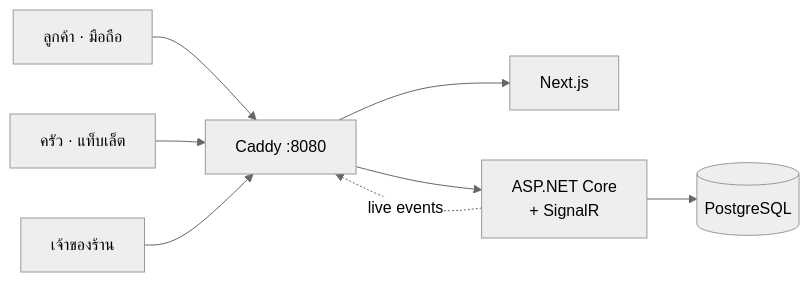
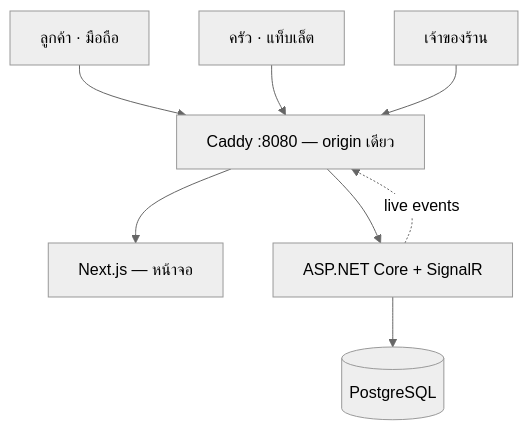
Before and after one commit to hirun-2542/foodqueue: the diagram in README.md, drawn with Mermaid (neutral theme).

Commit message:
docs: lay the architecture diagram out vertically so it is never clipped

````diff
--- a/README.md
+++ b/README.md
@@ -115,18 +115,18 @@
 ```mermaid
-flowchart LR
+flowchart TB
   C[ลูกค้า · มือถือ]
   K[ครัว · แท็บเล็ต]
   O[เจ้าของร้าน]
-  Caddy["Caddy :8080"]
-  Web["Next.js"]
-  Api["ASP.NET Core<br/>+ SignalR"]
+  Caddy["Caddy :8080 — origin เดียว"]
+  Web["Next.js — หน้าจอ"]
+  Api["ASP.NET Core + SignalR"]
   Db[("PostgreSQL")]
 
   C --> Caddy
   K --> Caddy
   O --> Caddy
   Caddy --> Web
   Caddy --> Api
   Api --> Db
   Api -. live events .-> Caddy
 ```
````
